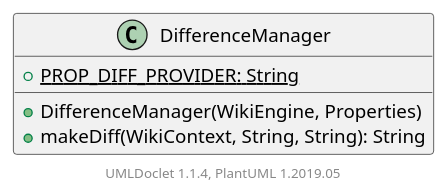
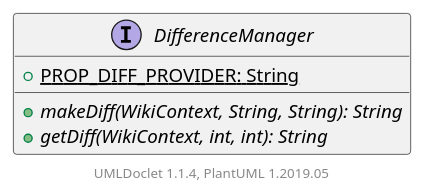
The diagram in apidocs/2.11.0.M7-SNAPSHOT/org/apache/wiki/diff/DifferenceManager.puml (apache/jspwiki-site), drawn with PlantUML before and after one commit. The commit also changed 1184 other files, not shown here.

```diff
--- a/apidocs/2.11.0.M7-SNAPSHOT/org/apache/wiki/diff/DifferenceManager.puml
+++ b/apidocs/2.11.0.M7-SNAPSHOT/org/apache/wiki/diff/DifferenceManager.puml
@@ -1,11 +1,11 @@
 @startuml
 
-    class DifferenceManager [[DifferenceManager.html]] {
+    interface DifferenceManager [[DifferenceManager.html]] {
         {static} +PROP_DIFF_PROVIDER: String
-        +DifferenceManager(WikiEngine, Properties)
-        +makeDiff(WikiContext, String, String): String
+        {abstract} +makeDiff(WikiContext, String, String): String
+        {abstract} +getDiff(WikiContext, int, int): String
     }
 
 
     center footer UMLDoclet 1.1.4, PlantUML 1.2019.05
 @enduml
```
